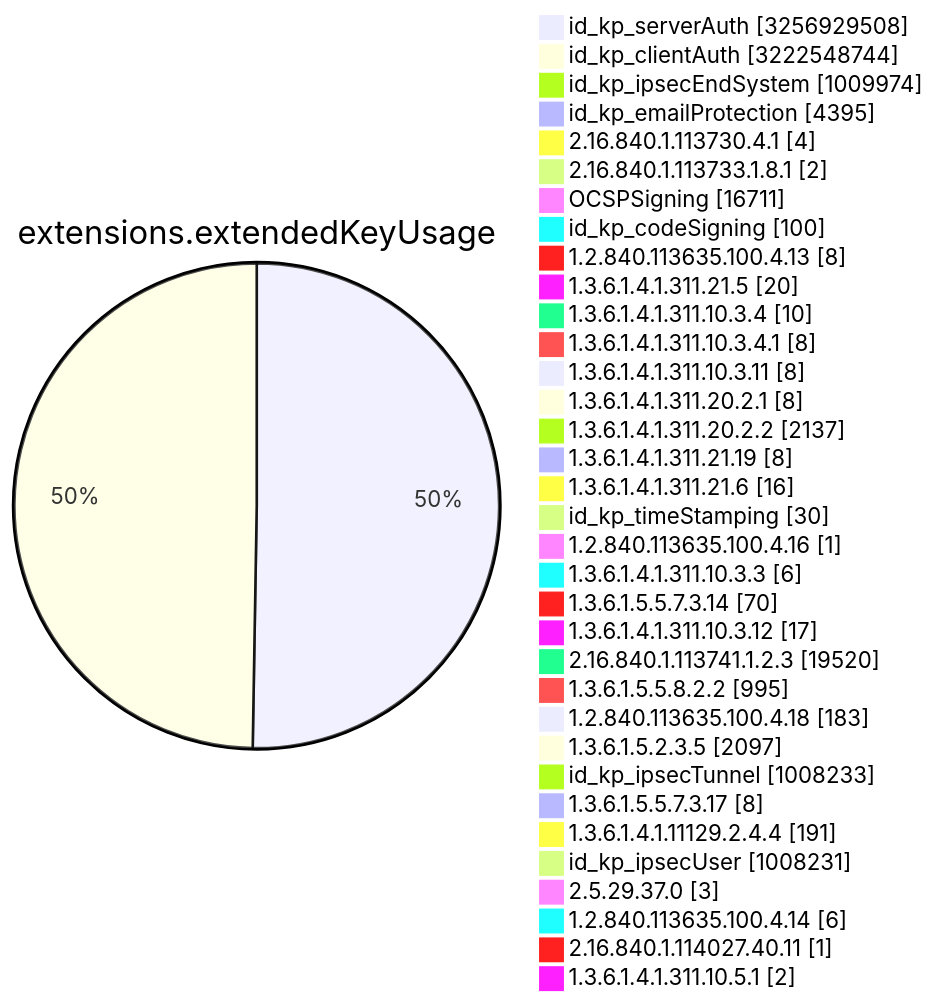
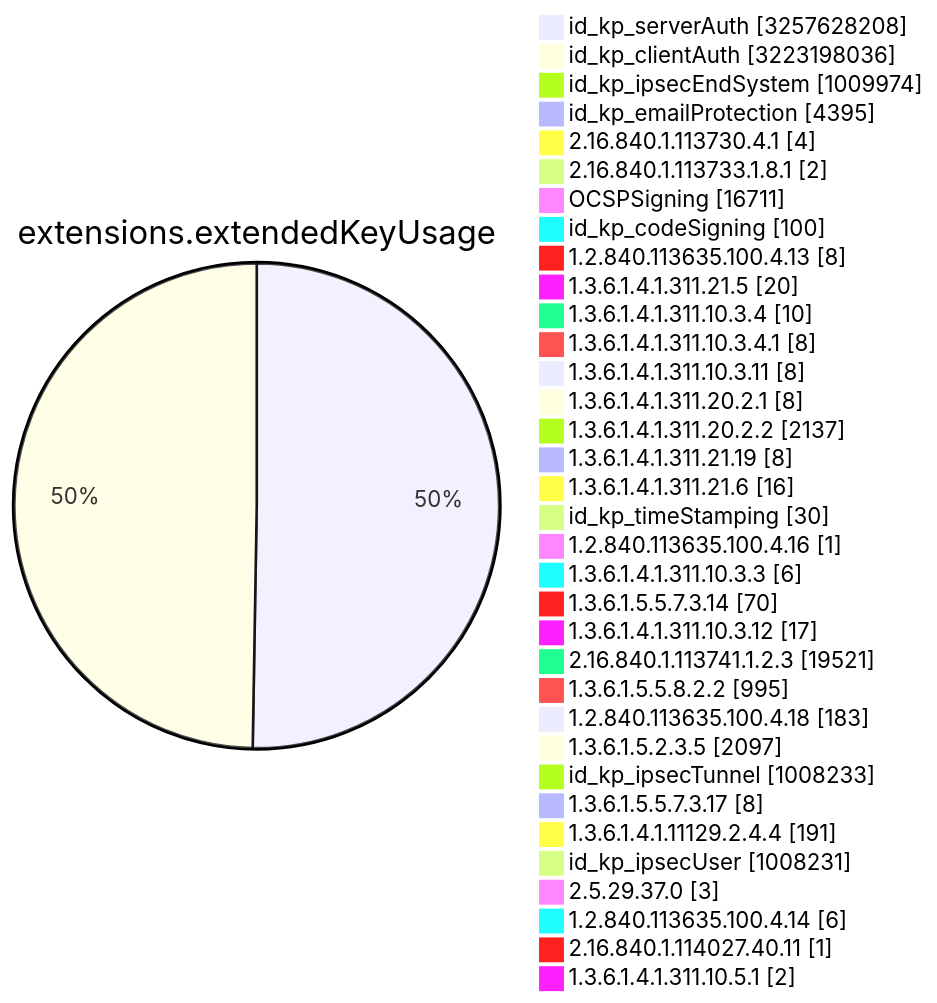
Before and after one commit to christiankrug/ctmonitor_visualization: diagram 11 of 15 in TOTAL/README.md, drawn with Mermaid. The commit also changed other lines of this file, not shown here.

````diff
--- a/TOTAL/README.md
+++ b/TOTAL/README.md
@@ -4119,38 +4119,38 @@
 ```mermaid
 pie showData
 title extensions.extendedKeyUsage
-"id_kp_serverAuth" :3256929508
-"id_kp_clientAuth" :3222548744
+"id_kp_serverAuth" :3257628208
+"id_kp_clientAuth" :3223198036
 "id_kp_ipsecEndSystem" :1009974
 "id_kp_emailProtection" :4395
 "2.16.840.1.113730.4.1" :4
 "2.16.840.1.113733.1.8.1" :2
 "OCSPSigning" :16711
 "id_kp_codeSigning" :100
 "1.2.840.113635.100.4.13" :8
 "1.3.6.1.4.1.311.21.5" :20
 "1.3.6.1.4.1.311.10.3.4" :10
 "1.3.6.1.4.1.311.10.3.4.1" :8
 "1.3.6.1.4.1.311.10.3.11" :8
 "1.3.6.1.4.1.311.20.2.1" :8
 "1.3.6.1.4.1.311.20.2.2" :2137
 "1.3.6.1.4.1.311.21.19" :8
 "1.3.6.1.4.1.311.21.6" :16
 "id_kp_timeStamping" :30
 "1.2.840.113635.100.4.16" :1
 "1.3.6.1.4.1.311.10.3.3" :6
 "1.3.6.1.5.5.7.3.14" :70
 "1.3.6.1.4.1.311.10.3.12" :17
-"2.16.840.1.113741.1.2.3" :19520
+"2.16.840.1.113741.1.2.3" :19521
 "1.3.6.1.5.5.8.2.2" :995
 "1.2.840.113635.100.4.18" :183
 "1.3.6.1.5.2.3.5" :2097
 "id_kp_ipsecTunnel" :1008233
 "1.3.6.1.5.5.7.3.17" :8
 "1.3.6.1.4.1.11129.2.4.4" :191
 "id_kp_ipsecUser" :1008231
 "2.5.29.37.0" :3
 "1.2.840.113635.100.4.14" :6
 "2.16.840.1.114027.40.11" :1
 "1.3.6.1.4.1.311.10.5.1" :2
 ```
````
